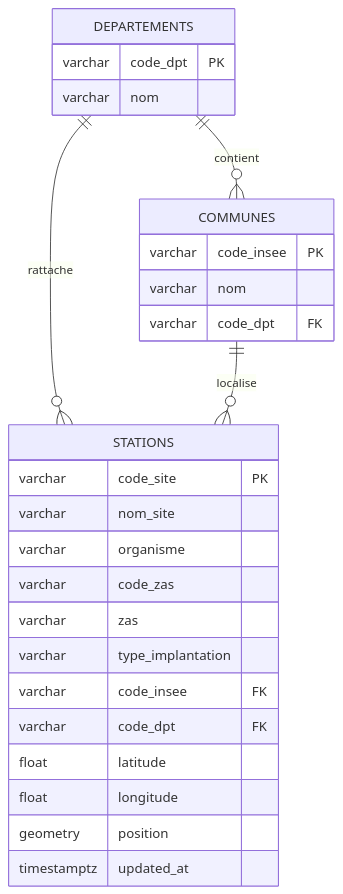
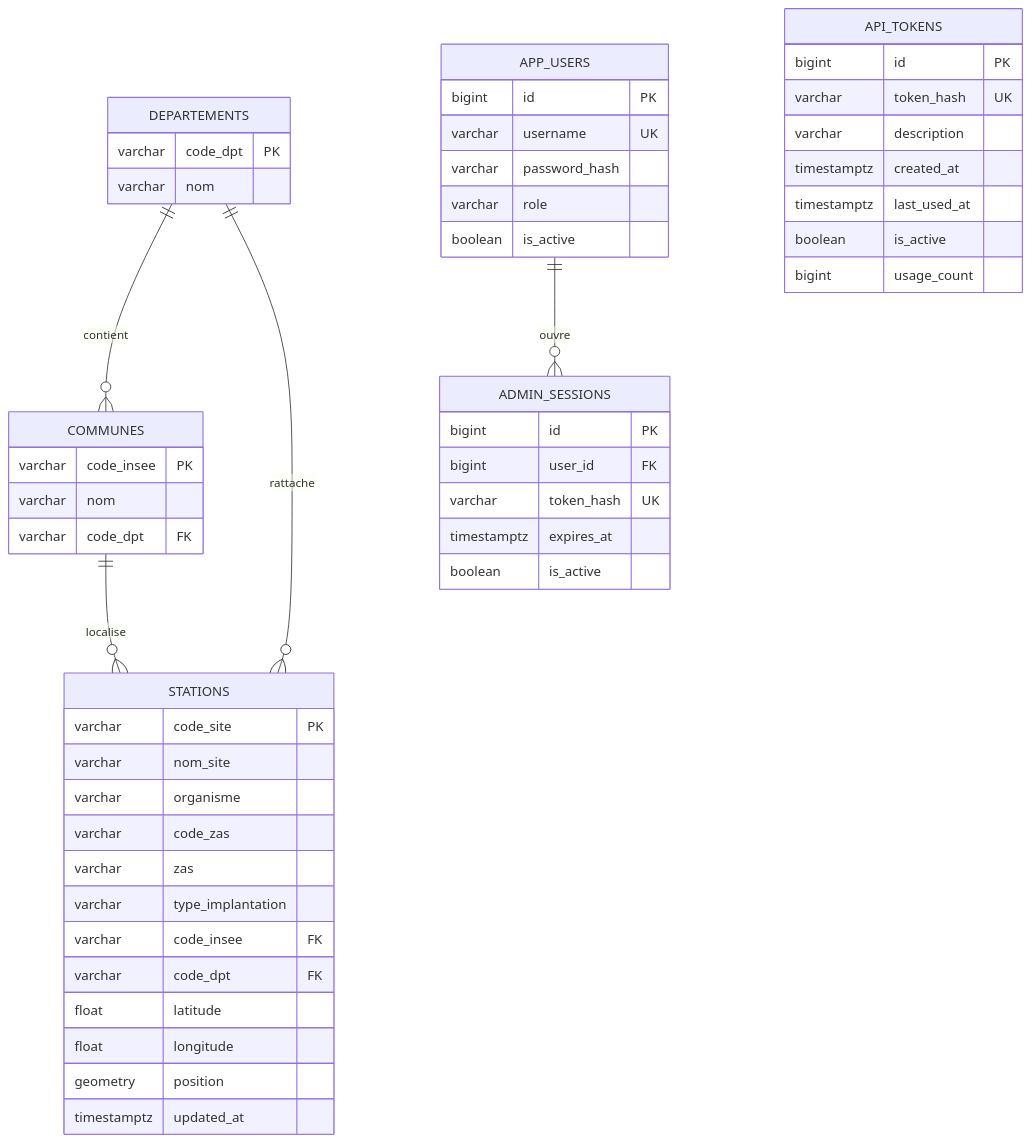
One commit to ecoterritoire/ecoterritoire changed the fifth of 6 diagrams in docs/architecture.md. Above: the diagram before and after it, drawn with Mermaid. The commit also changed other lines of this file and 20 other files, not shown here.

````diff
--- a/docs/architecture.md
+++ b/docs/architecture.md
@@ -127,30 +159,54 @@
 ```mermaid
 erDiagram
     DEPARTEMENTS ||--o{ COMMUNES : contient
     DEPARTEMENTS ||--o{ STATIONS : rattache
     COMMUNES ||--o{ STATIONS : localise
 
     DEPARTEMENTS {
         varchar code_dpt PK
         varchar nom
     }
     COMMUNES {
         varchar code_insee PK
         varchar nom
         varchar code_dpt FK
     }
     STATIONS {
         varchar code_site PK
         varchar nom_site
         varchar organisme
         varchar code_zas
         varchar zas
         varchar type_implantation
         varchar code_insee FK
         varchar code_dpt FK
         float latitude
         float longitude
         geometry position
         timestamptz updated_at
     }
+    APP_USERS {
+        bigint id PK
+        varchar username UK
+        varchar password_hash
+        varchar role
+        boolean is_active
+    }
+    API_TOKENS {
+        bigint id PK
+        varchar token_hash UK
+        varchar description
+        timestamptz created_at
+        timestamptz last_used_at
+        boolean is_active
+        bigint usage_count
+    }
+    ADMIN_SESSIONS {
+        bigint id PK
+        bigint user_id FK
+        varchar token_hash UK
+        timestamptz expires_at
+        boolean is_active
+    }
+    APP_USERS ||--o{ ADMIN_SESSIONS : ouvre
 ```
````
